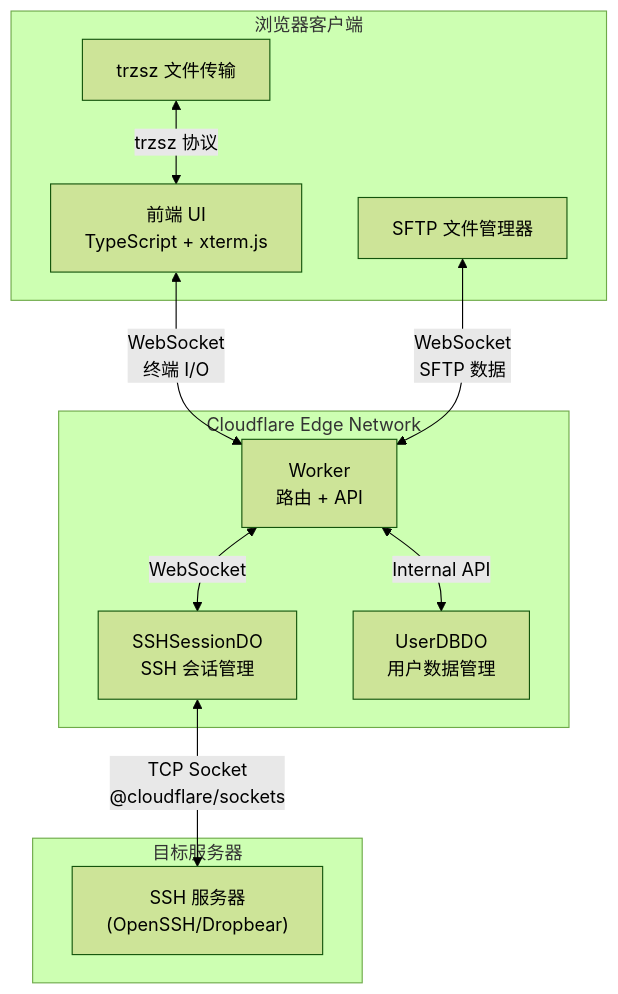
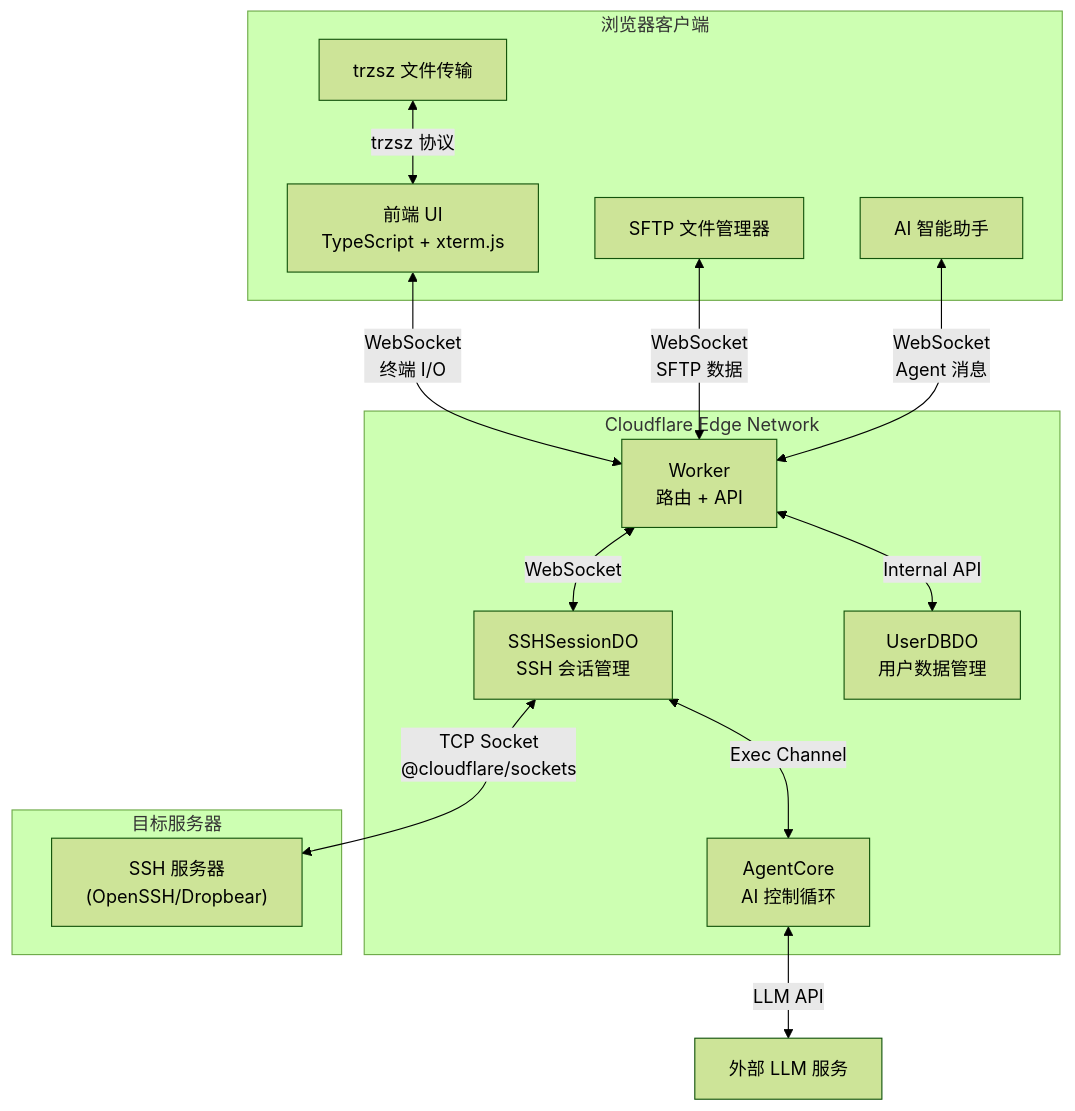
One commit to newbietan/CloudSSH changed the diagram in README.md. Above: the diagram before and after it, drawn with Mermaid (forest theme). The commit also changed other lines of this file and 2 other files, not shown here.

Commit message:
docs: 完善 README 和 AGENTS.md 文档，补充 AI Agent 及项目结构

````diff
--- a/README.md
+++ b/README.md
@@ -97,25 +99,30 @@
 ```mermaid
 flowchart TB
     subgraph "浏览器客户端"
         UI["前端 UI<br/>TypeScript + xterm.js"]
         SFTP["SFTP 文件管理器"]
+        Agent["AI 智能助手"]
         Trzsz["trzsz 文件传输"]
     end
-    
+
     subgraph "Cloudflare Edge Network"
         Worker["Worker<br/>路由 + API"]
         SSH_DO["SSHSessionDO<br/>SSH 会话管理"]
         User_DO["UserDBDO<br/>用户数据管理"]
+        AgentCore["AgentCore<br/>AI 控制循环"]
     end
-    
+
     subgraph "目标服务器"
         SSH["SSH 服务器<br/>(OpenSSH/Dropbear)"]
     end
 
     UI <-->|"WebSocket<br/>终端 I/O"| Worker
     SFTP <-->|"WebSocket<br/>SFTP 数据"| Worker
+    Agent <-->|"WebSocket<br/>Agent 消息"| Worker
     Trzsz <-->|"trzsz 协议"| UI
     Worker <-->|"WebSocket"| SSH_DO
     Worker <-->|"Internal API"| User_DO
     SSH_DO <-->|"TCP Socket<br/>@cloudflare/sockets"| SSH
+    SSH_DO <-->|"Exec Channel"| AgentCore
+    AgentCore <-->|"LLM API"| External["外部 LLM 服务"]
 ```
````
